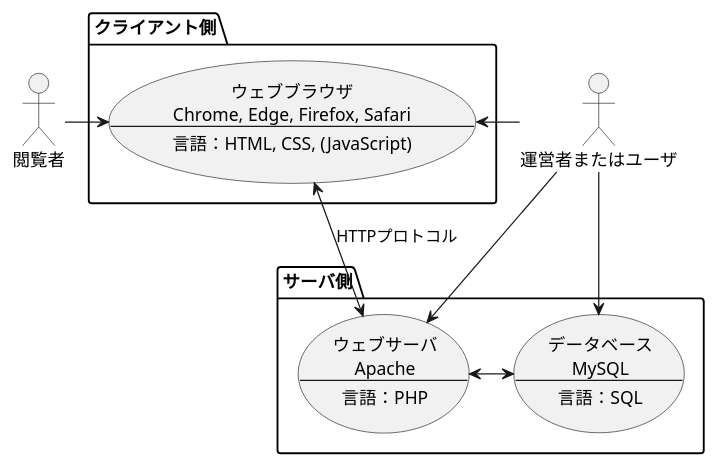
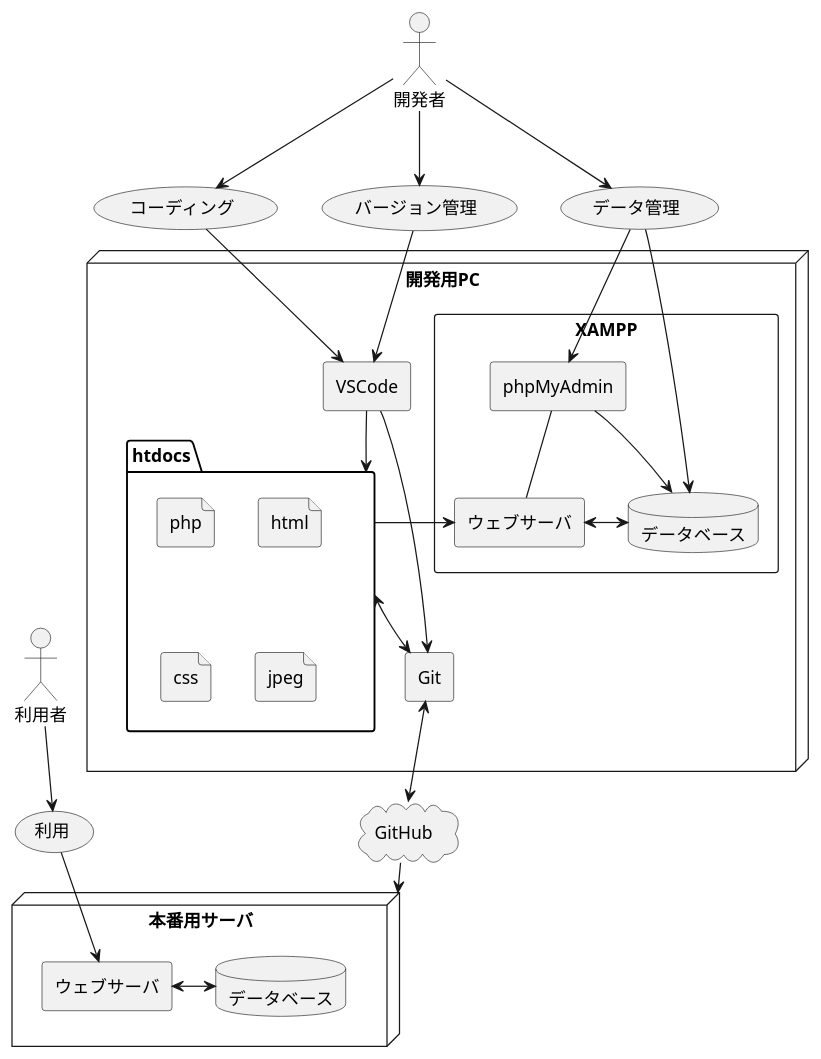
One commit to taroyabuki/pmpractice2 changed the diagram in docs/usecase.md. Above: the diagram before and after it, drawn with PlantUML. The commit also changed 4 other files, not shown here.

````diff
--- a/docs/usecase.md
+++ b/docs/usecase.md
@@ -1,33 +1,56 @@
 ```puml
 @startuml
 
-actor 閲覧者
-actor 運営者またはユーザ
+actor 開発者
+actor 利用者
 
-package クライアント側 {
-usecase ブラウザ as "ウェブブラウザ
-Chrome, Edge, Firefox, Safari
---
-言語：HTML, CSS, (JavaScript)"
+(コーディング)
+(バージョン管理)
+(データ管理)
+(利用)
+
+node 開発用PC {
+rectangle XAMPP {
+rectangle ウェブサーバ
+database データベース
+rectangle phpMyAdmin
+}
+rectangle VSCode
+rectangle Git
+folder htdocs {
+file php
+file html
+file css
+file jpeg
+}
 }
 
-package サーバ側 {
-usecase ウェブサーバ as "ウェブサーバ
-Apache
---
-言語：PHP"
+cloud GitHub
 
-usecase データベース as "データベース
-MySQL
---
-言語：SQL"
+node 本番用サーバ {
+rectangle ウェブサーバ2 as "ウェブサーバ"
+database データベース2 as "データベース"
 }
 
-閲覧者 -> ブラウザ
-ブラウザ <- 運営者またはユーザ
-運営者またはユーザ --> ウェブサーバ
-運営者またはユーザ --> データベース
-ブラウザ <--> ウェブサーバ : HTTPプロトコル
+開発者 --> コーディング
+コーディング --> VSCode
+開発者 --> バージョン管理
+バージョン管理 --> VSCode
+開発者 --> データ管理
+データ管理 --> phpMyAdmin
+データ管理 --> データベース
+VSCode --> htdocs
+VSCode --> Git
+htdocs -> ウェブサーバ
+htdocs <--> Git
+phpMyAdmin --> データベース
+phpMyAdmin -- ウェブサーバ
 ウェブサーバ <-> データベース
+Git <--> GitHub
+GitHub --> 本番用サーバ
+利用者 --> 利用
+利用 --> ウェブサーバ2
+ウェブサーバ2 <-> データベース2
+
 @enduml
 ```
````
